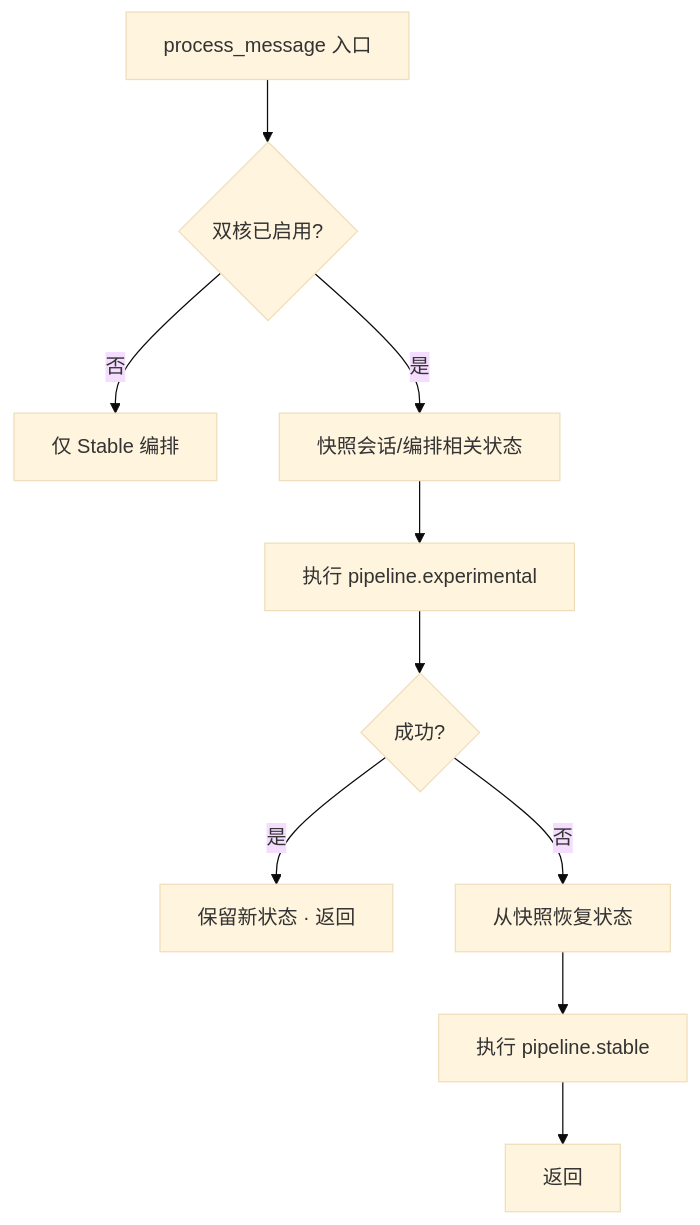
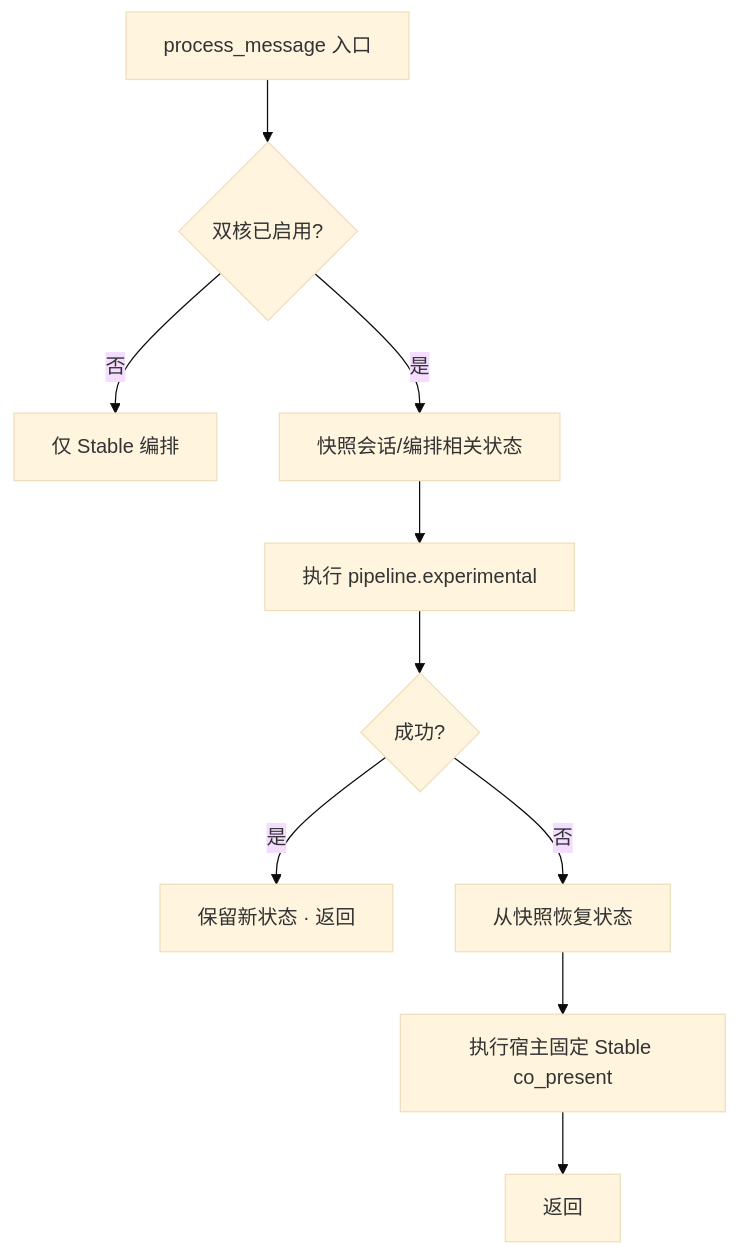
The diagram in creator-docs/rfc/RFC_OCLIVE_DUAL_CORE_DUAL_MODE.md (linkaiheng2233-cyber/oclivenewnew), drawn with Mermaid (base theme) before and after one commit. The commit also changed other lines of this file and 231 other files, not shown here.

Commit message:
docs(architecture): align project around tool kernel

````diff
--- a/creator-docs/rfc/RFC_OCLIVE_DUAL_CORE_DUAL_MODE.md
+++ b/creator-docs/rfc/RFC_OCLIVE_DUAL_CORE_DUAL_MODE.md
@@ -128,12 +128,12 @@
 ```mermaid
 flowchart TD
   A[process_message 入口] --> B{双核已启用?}
   B -->|否| S[仅 Stable 编排]
   B -->|是| C[快照会话/编排相关状态]
   C --> D[执行 pipeline.experimental]
   D --> E{成功?}
   E -->|是| F[保留新状态 · 返回]
   E -->|否| G[从快照恢复状态]
-  G --> H[执行 pipeline.stable]
+  G --> H[执行宿主固定 Stable co_present]
   H --> I[返回]
 ```
````
